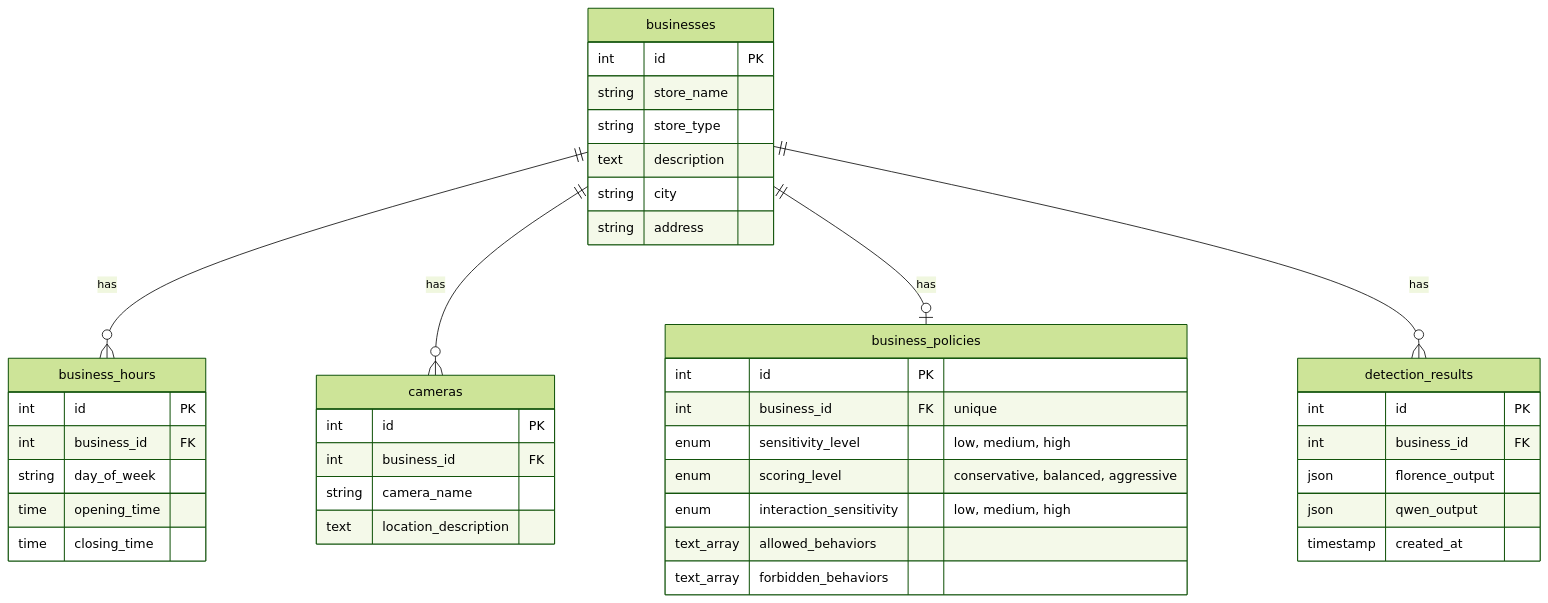
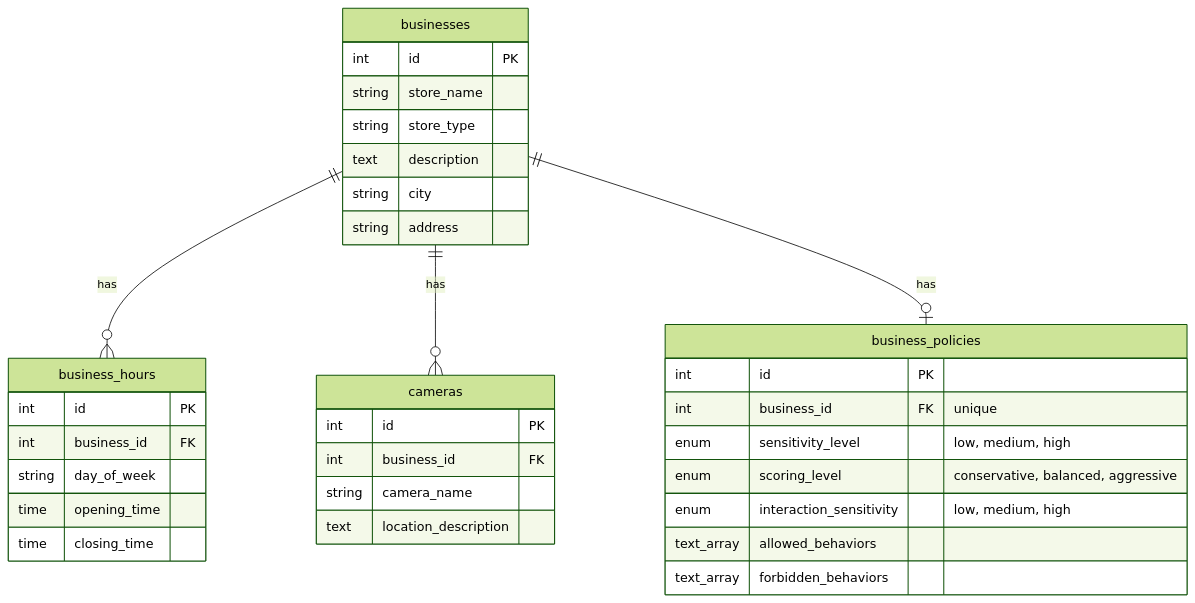
One commit to DcSlight/CRIMENO-Backend changed the diagram in README.md. Above: the diagram before and after it, drawn with Mermaid (forest theme). The commit also changed other lines of this file, not shown here.

````diff
--- a/README.md
+++ b/README.md
@@ -25,49 +96,40 @@
 ```mermaid
 erDiagram
     businesses ||--o{ business_hours : has
     businesses ||--o{ cameras : has
     businesses ||--o| business_policies : has
-    businesses ||--o{ detection_results : has
 
     businesses {
         int id PK
         string store_name
         string store_type
         text description
         string city
         string address
     }
 
     business_hours {
         int id PK
         int business_id FK
         string day_of_week
         time opening_time
         time closing_time
     }
 
     cameras {
         int id PK
         int business_id FK
         string camera_name
         text location_description
     }
 
     business_policies {
         int id PK
         int business_id FK "unique"
         enum sensitivity_level "low, medium, high"
         enum scoring_level "conservative, balanced, aggressive"
         enum interaction_sensitivity "low, medium, high"
         text_array allowed_behaviors
         text_array forbidden_behaviors
     }
-
-    detection_results {
-        int id PK
-        int business_id FK
-        json florence_output
-        json qwen_output
-        timestamp created_at
-    }
 ```
````
